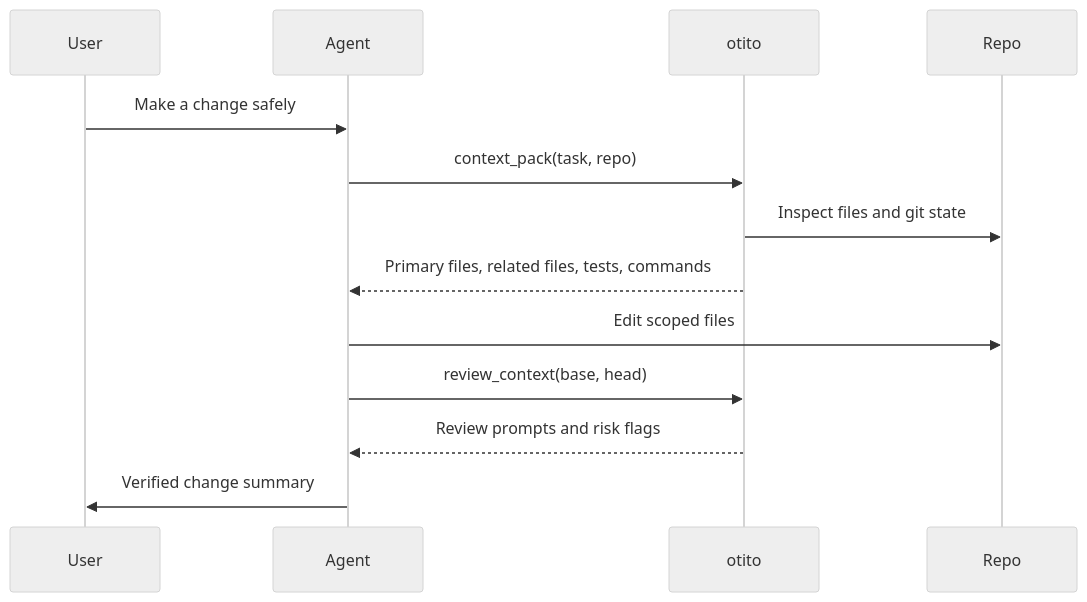
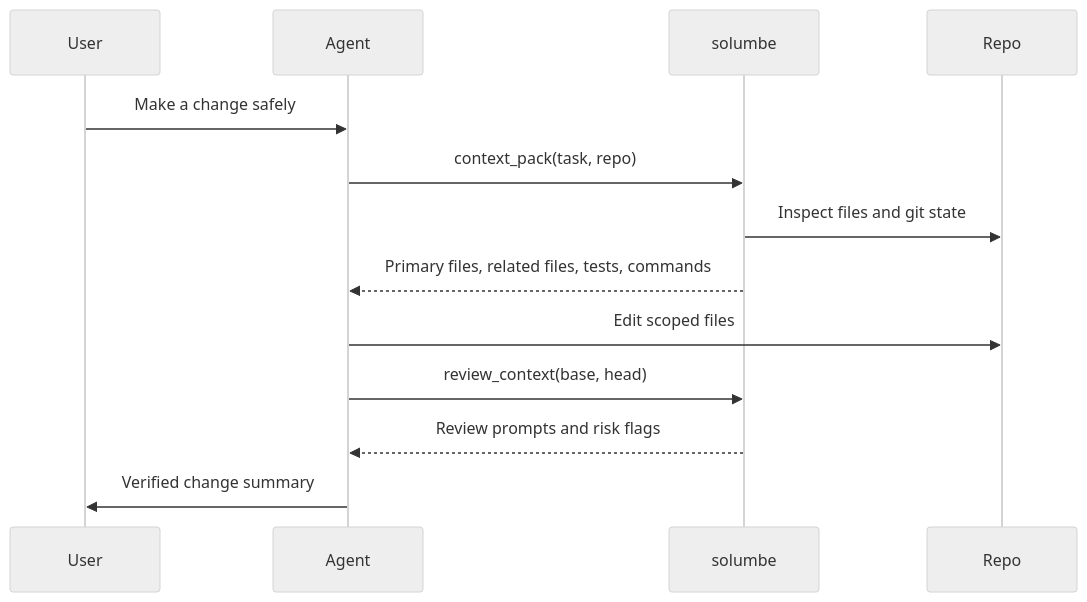
The diagram in docs/02-mcp-agent-workflows/README.md (BASHBOP/otito), drawn with Mermaid (neutral theme) before and after one commit. The commit also changed other lines of this file and 198 other files, not shown here.

First line of the commit message:
refactor!: rename otito to Solumbe

````diff
--- a/docs/02-mcp-agent-workflows/README.md
+++ b/docs/02-mcp-agent-workflows/README.md
@@ -344,16 +344,16 @@
 ```mermaid
 sequenceDiagram
     participant User
     participant Agent
-    participant otito
+    participant solumbe
     participant Repo
 
     User->>Agent: Make a change safely
-    Agent->>otito: context_pack(task, repo)
-    otito->>Repo: Inspect files and git state
-    otito-->>Agent: Primary files, related files, tests, commands
+    Agent->>solumbe: context_pack(task, repo)
+    solumbe->>Repo: Inspect files and git state
+    solumbe-->>Agent: Primary files, related files, tests, commands
     Agent->>Repo: Edit scoped files
-    Agent->>otito: review_context(base, head)
-    otito-->>Agent: Review prompts and risk flags
+    Agent->>solumbe: review_context(base, head)
+    solumbe-->>Agent: Review prompts and risk flags
     Agent->>User: Verified change summary
 ```
````
